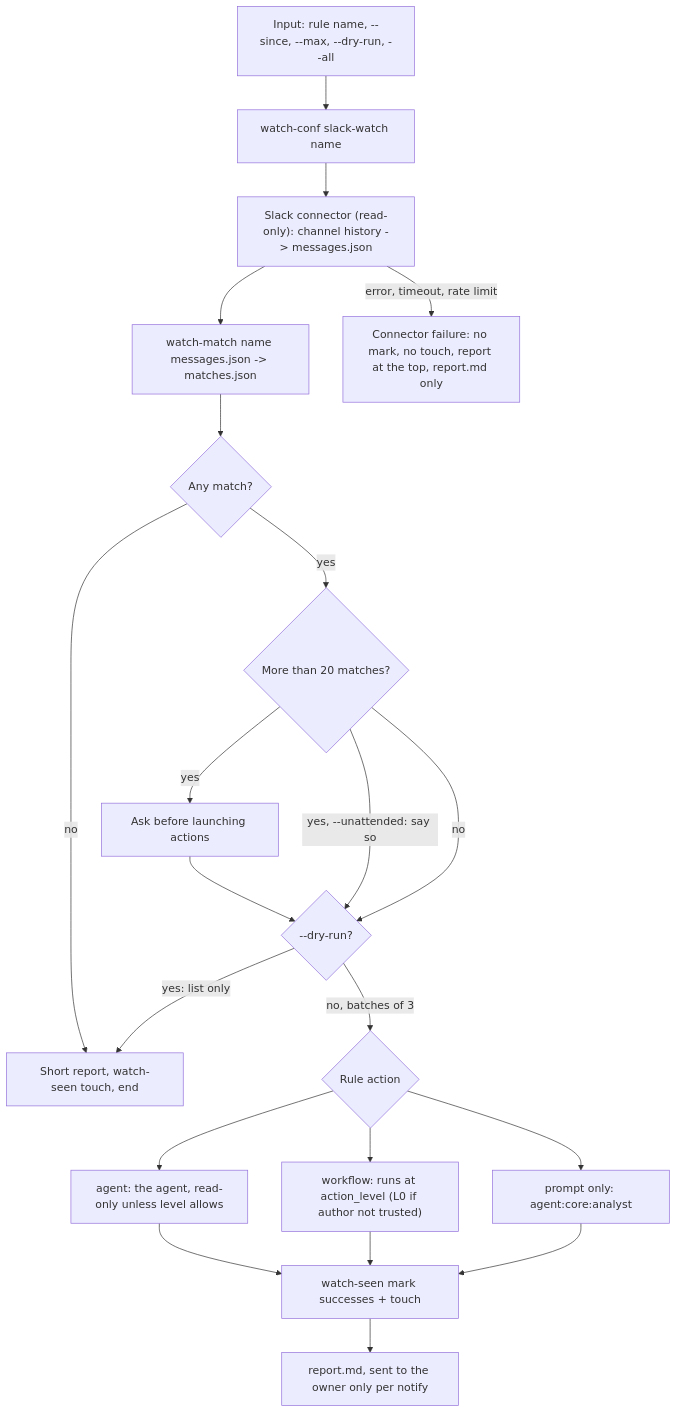
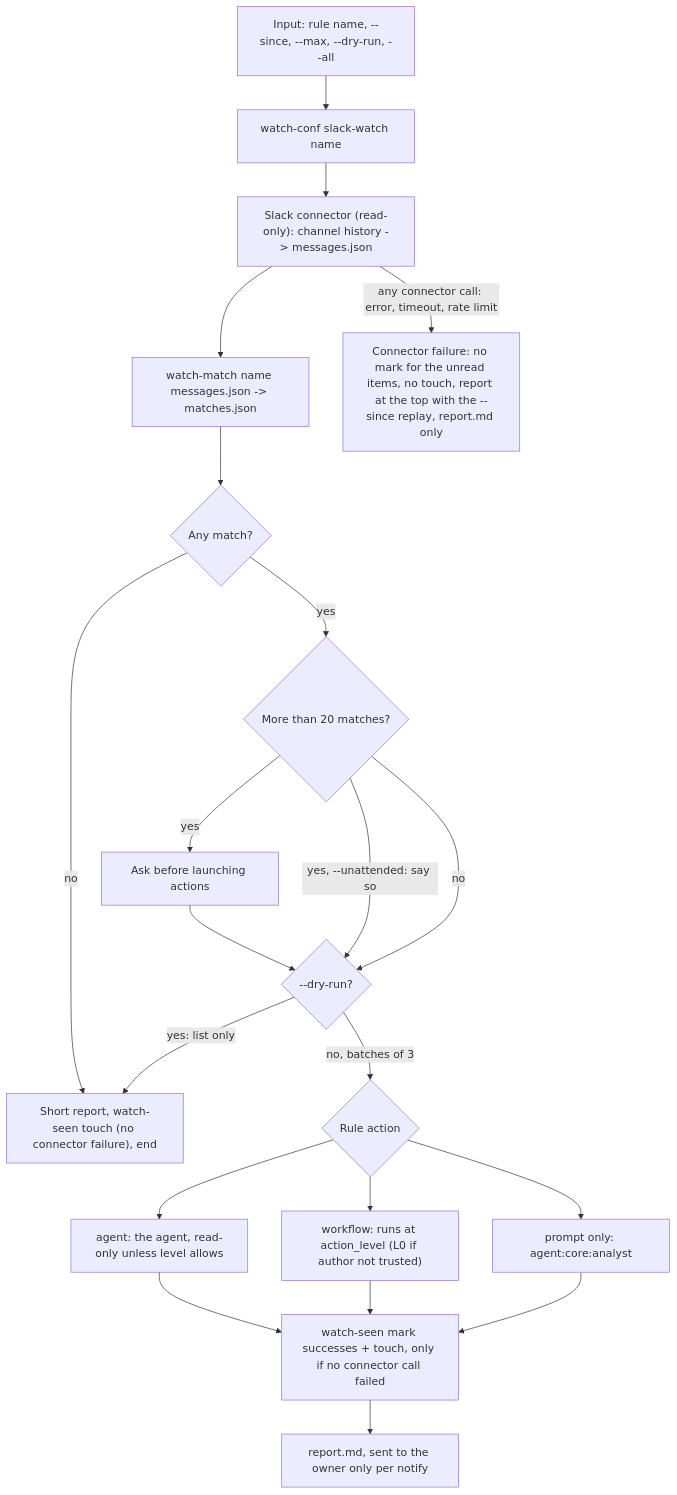
One commit to nicolasmondain/adorno changed the second of 2 diagrams in src/workflows/slack/SCHEMA.md. Above: the diagram before and after it, drawn with Mermaid. The commit also changed other lines of this file and 16 other files, not shown here.

````diff
--- a/src/workflows/slack/SCHEMA.md
+++ b/src/workflows/slack/SCHEMA.md
@@ -29,32 +29,32 @@
 ```mermaid
 flowchart TD
   IN["Input: rule name, --since, --max, --dry-run, --all"]
   CF["watch-conf slack-watch name"]
   RD["Slack connector (read-only): channel history -> messages.json"]
   MT["watch-match name messages.json -> matches.json"]
   EM{"Any match?"}
-  TC["Short report, watch-seen touch, end"]
+  TC["Short report, watch-seen touch (no connector failure), end"]
   BIG{"More than 20 matches?"}
   ASK["Ask before launching actions"]
   DRY{"--dry-run?"}
   ACT{"Rule action"}
   AG["agent: the agent, read-only unless level allows"]
   WF["workflow: runs at action_level (L0 if author not trusted)"]
   PM["prompt only: agent:core:analyst"]
-  MK["watch-seen mark successes + touch"]
+  MK["watch-seen mark successes + touch, only if no connector call failed"]
   RP["report.md, sent to the owner only per notify"]
-  FAIL["Connector failure: no mark, no touch, report at the top, report.md only"]
+  FAIL["Connector failure: no mark for the unread items, no touch, report at the top with the --since replay, report.md only"]
   IN --> CF --> RD --> MT --> EM
-  RD -->|"error, timeout, rate limit"| FAIL
+  RD -->|"any connector call: error, timeout, rate limit"| FAIL
   EM -->|"no"| TC
   EM -->|"yes"| BIG
   BIG -->|"yes"| ASK --> DRY
   BIG -->|"yes, --unattended: say so"| DRY
   BIG -->|"no"| DRY
   DRY -->|"yes: list only"| TC
   DRY -->|"no, batches of 3"| ACT
   ACT --> AG --> MK
   ACT --> WF --> MK
   ACT --> PM --> MK
   MK --> RP
 ```
````
